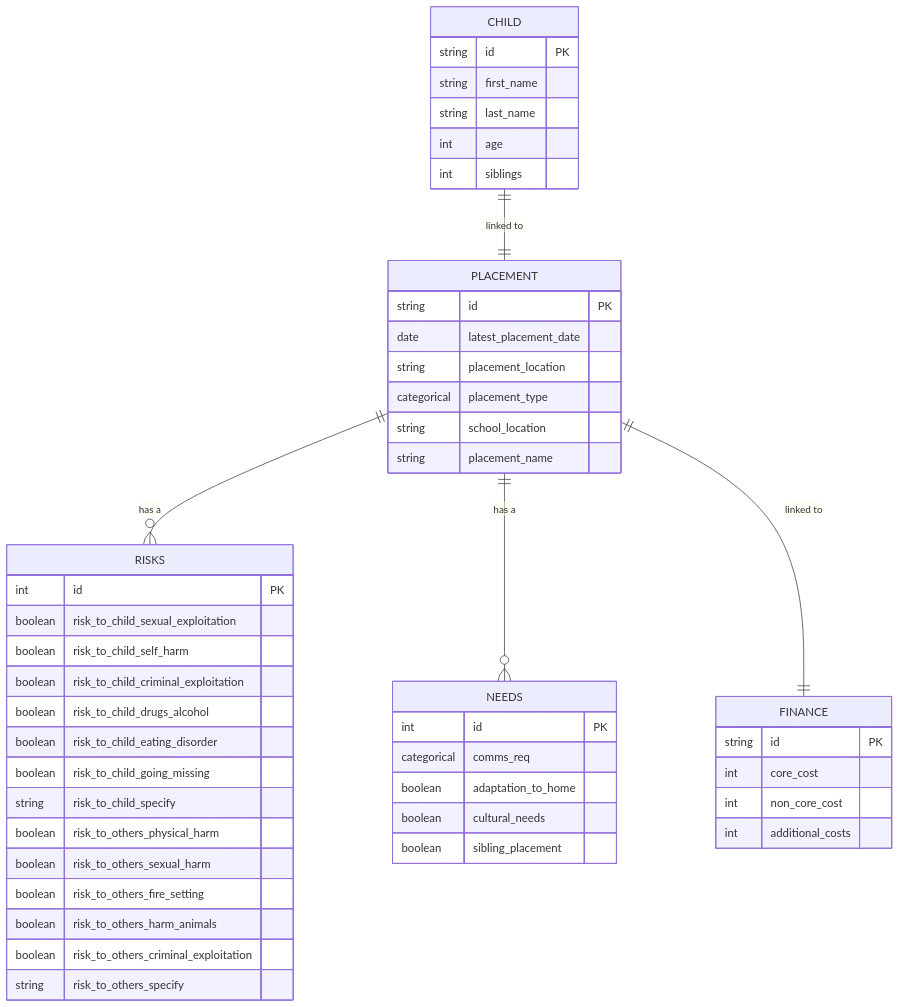
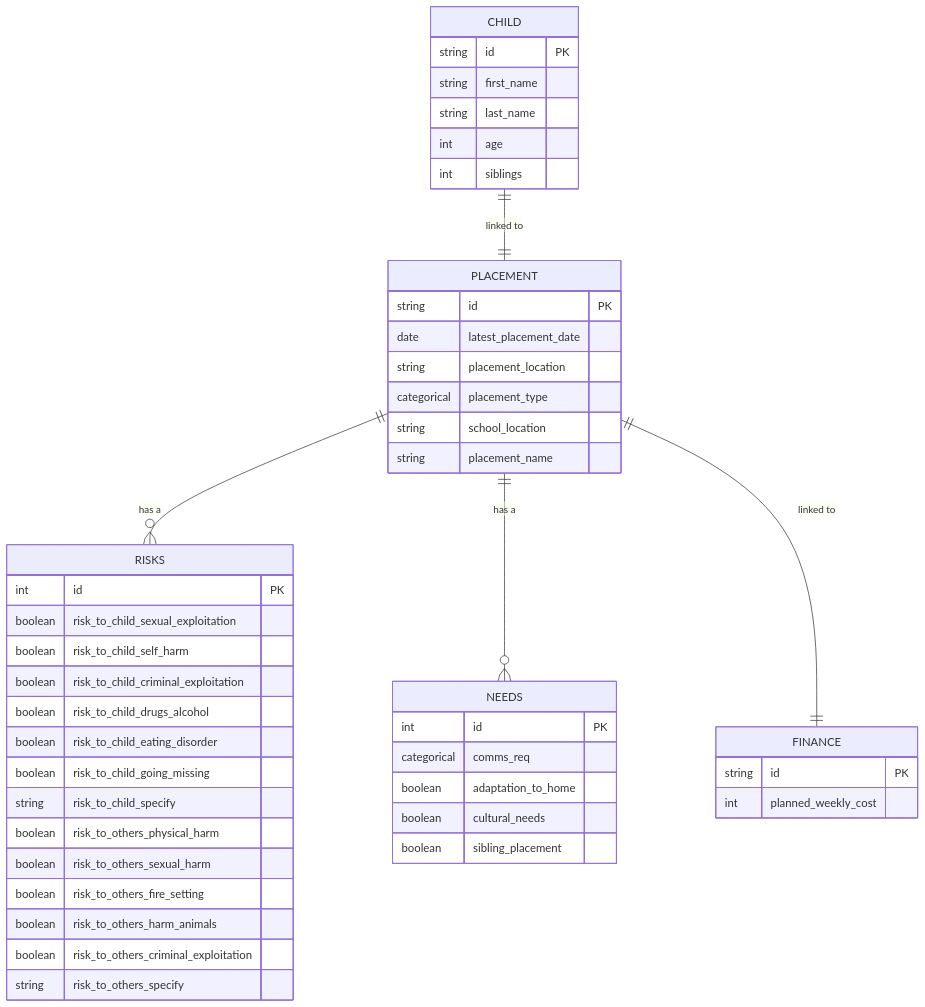
Before and after one commit to SocialFinanceDigitalLabs/sw-sufficiency-model: the diagram in placement_data_collection.md, drawn with Mermaid.

````diff
--- a/placement_data_collection.md
+++ b/placement_data_collection.md
@@ -3,51 +3,49 @@
 ```mermaid
 erDiagram
     CHILD ||--|| PLACEMENT : "linked to"
     PLACEMENT ||--o{ RISKS : "has a"
     PLACEMENT ||--o{ NEEDS : "has a"
     PLACEMENT ||--|| FINANCE : "linked to"
     CHILD {
         string id PK
         string first_name
         string last_name
         int age
         int siblings
     }
     PLACEMENT {
         string id PK
         date latest_placement_date
         string placement_location
         categorical placement_type
         string school_location
         string placement_name
     }
     NEEDS {
         int id PK
         categorical comms_req
         boolean adaptation_to_home
         boolean cultural_needs
         boolean sibling_placement
     }
     RISKS {
         int id PK
         boolean risk_to_child_sexual_exploitation
         boolean risk_to_child_self_harm
         boolean risk_to_child_criminal_exploitation
         boolean risk_to_child_drugs_alcohol
         boolean risk_to_child_eating_disorder
         boolean risk_to_child_going_missing
         string risk_to_child_specify
         boolean risk_to_others_physical_harm
         boolean risk_to_others_sexual_harm
         boolean risk_to_others_fire_setting
         boolean risk_to_others_harm_animals
         boolean risk_to_others_criminal_exploitation
         string risk_to_others_specify
     }
     FINANCE {
         string id PK
-        int core_cost
-        int non_core_cost
-        int additional_costs
+        int planned_weekly_cost
     }
 ```
````
